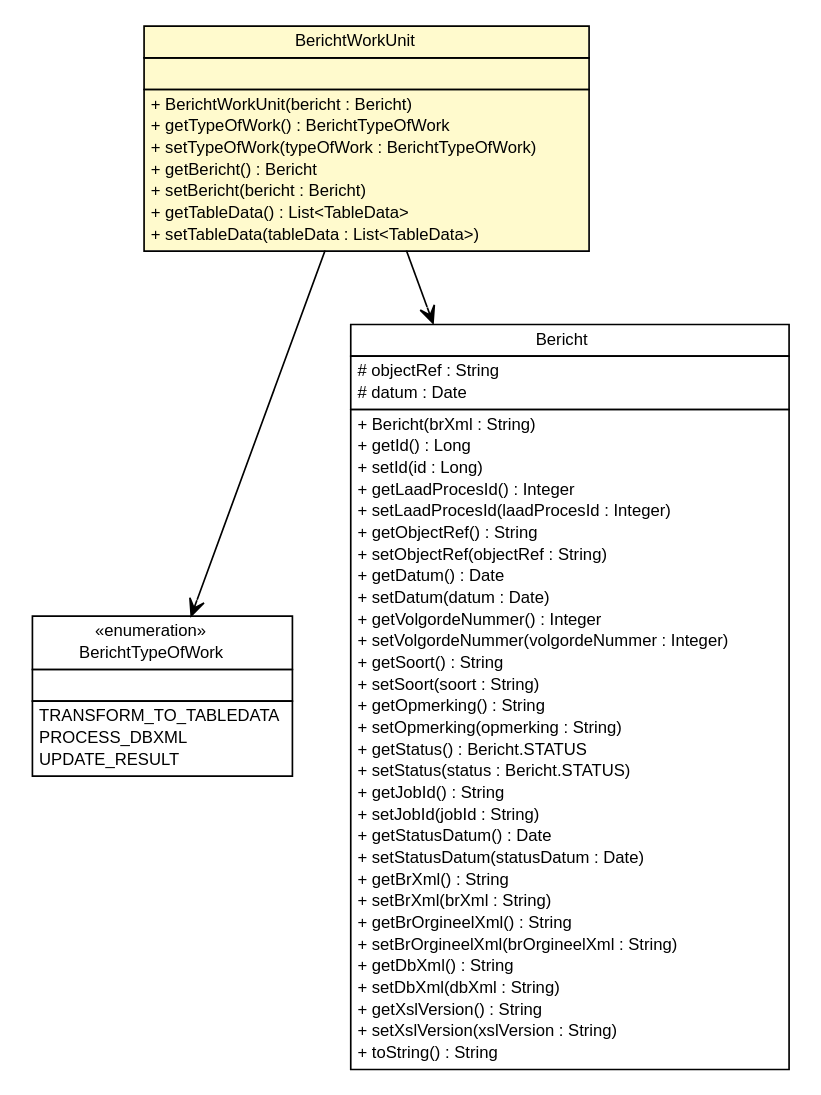
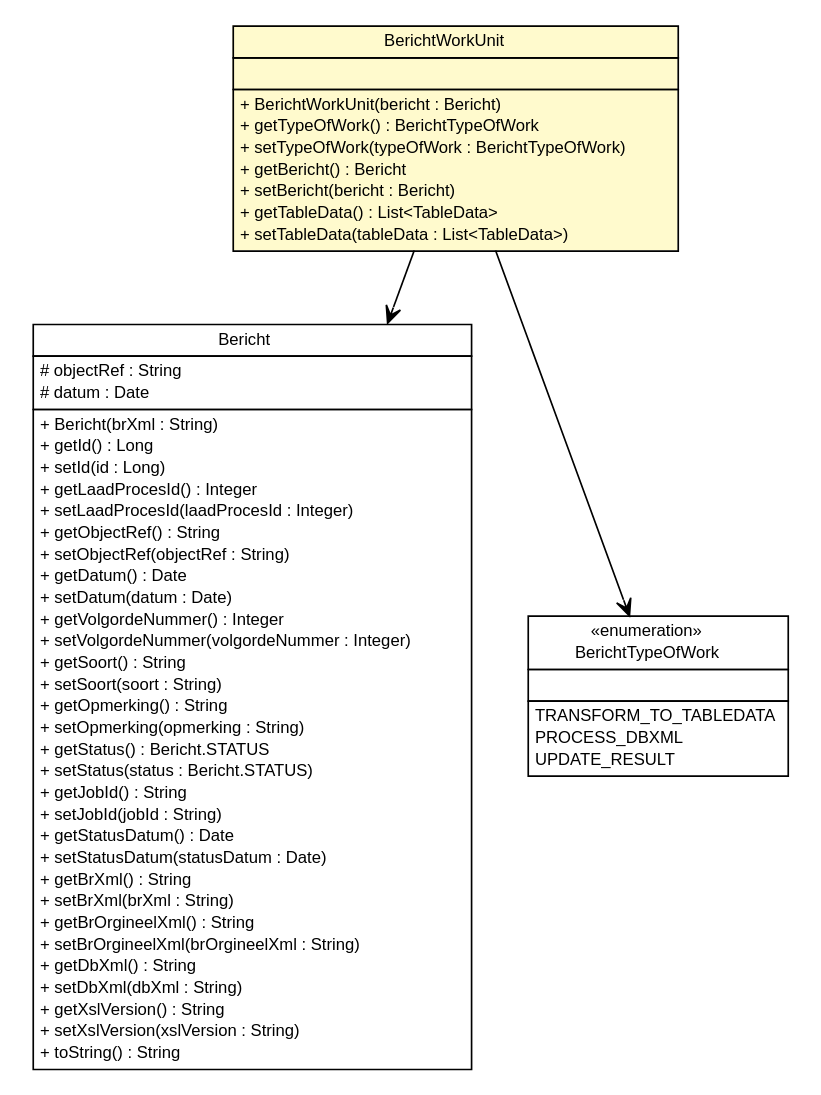
Before and after one commit to B3Partners/brmo: the diagram in brmo-loader/apidocs/nl/b3p/brmo/loader/pipeline/BerichtWorkUnit.dot, drawn with Graphviz. The commit also changed 377 other files, not shown here.

```diff
--- a/brmo-loader/apidocs/nl/b3p/brmo/loader/pipeline/BerichtWorkUnit.dot
+++ b/brmo-loader/apidocs/nl/b3p/brmo/loader/pipeline/BerichtWorkUnit.dot
@@ -1,91 +1,91 @@
 #!/usr/local/bin/dot
 #
 # Class diagram 
 # Generated by UMLGraph version R5_6-24-gf6e263 (http://www.umlgraph.org/)
 #
 
 digraph G {
 	edge [fontname="Helvetica",fontsize=10,labelfontname="Helvetica",labelfontsize=10];
 	node [fontname="Helvetica",fontsize=10,shape=plaintext];
 	nodesep=0.25;
 	ranksep=0.5;
-	// nl.b3p.brmo.loader.pipeline.BerichtTypeOfWork
-	c955 [label=<<table title="nl.b3p.brmo.loader.pipeline.BerichtTypeOfWork" border="0" cellborder="1" cellspacing="0" cellpadding="2" port="p" href="./BerichtTypeOfWork.html">
-		<tr><td><table border="0" cellspacing="0" cellpadding="1">
-<tr><td align="center" balign="center"> &#171;enumeration&#187; </td></tr>
-<tr><td align="center" balign="center"> BerichtTypeOfWork </td></tr>
-		</table></td></tr>
-		<tr><td><table border="0" cellspacing="0" cellpadding="1">
-<tr><td align="left" balign="left">  </td></tr>
-		</table></td></tr>
-		<tr><td><table border="0" cellspacing="0" cellpadding="1">
-<tr><td align="left" balign="left"> TRANSFORM_TO_TABLEDATA </td></tr>
-<tr><td align="left" balign="left"> PROCESS_DBXML </td></tr>
-<tr><td align="left" balign="left"> UPDATE_RESULT </td></tr>
-		</table></td></tr>
-		</table>>, URL="./BerichtTypeOfWork.html", fontname="Helvetica", fontcolor="black", fontsize=10.0];
-	// nl.b3p.brmo.loader.pipeline.BerichtWorkUnit
-	c957 [label=<<table title="nl.b3p.brmo.loader.pipeline.BerichtWorkUnit" border="0" cellborder="1" cellspacing="0" cellpadding="2" port="p" bgcolor="lemonChiffon" href="./BerichtWorkUnit.html">
-		<tr><td><table border="0" cellspacing="0" cellpadding="1">
-<tr><td align="center" balign="center"> BerichtWorkUnit </td></tr>
-		</table></td></tr>
-		<tr><td><table border="0" cellspacing="0" cellpadding="1">
-<tr><td align="left" balign="left">  </td></tr>
-		</table></td></tr>
-		<tr><td><table border="0" cellspacing="0" cellpadding="1">
-<tr><td align="left" balign="left"> + BerichtWorkUnit(bericht : Bericht) </td></tr>
-<tr><td align="left" balign="left"> + getTypeOfWork() : BerichtTypeOfWork </td></tr>
-<tr><td align="left" balign="left"> + setTypeOfWork(typeOfWork : BerichtTypeOfWork) </td></tr>
-<tr><td align="left" balign="left"> + getBericht() : Bericht </td></tr>
-<tr><td align="left" balign="left"> + setBericht(bericht : Bericht) </td></tr>
-<tr><td align="left" balign="left"> + getTableData() : List&lt;TableData&gt; </td></tr>
-<tr><td align="left" balign="left"> + setTableData(tableData : List&lt;TableData&gt;) </td></tr>
-		</table></td></tr>
-		</table>>, URL="./BerichtWorkUnit.html", fontname="Helvetica", fontcolor="black", fontsize=10.0];
 	// nl.b3p.brmo.loader.entity.Bericht
-	c960 [label=<<table title="nl.b3p.brmo.loader.entity.Bericht" border="0" cellborder="1" cellspacing="0" cellpadding="2" port="p" href="../entity/Bericht.html">
+	c758 [label=<<table title="nl.b3p.brmo.loader.entity.Bericht" border="0" cellborder="1" cellspacing="0" cellpadding="2" port="p" href="../entity/Bericht.html">
 		<tr><td><table border="0" cellspacing="0" cellpadding="1">
 <tr><td align="center" balign="center"> Bericht </td></tr>
 		</table></td></tr>
 		<tr><td><table border="0" cellspacing="0" cellpadding="1">
 <tr><td align="left" balign="left"> # objectRef : String </td></tr>
 <tr><td align="left" balign="left"> # datum : Date </td></tr>
 		</table></td></tr>
 		<tr><td><table border="0" cellspacing="0" cellpadding="1">
 <tr><td align="left" balign="left"> + Bericht(brXml : String) </td></tr>
 <tr><td align="left" balign="left"> + getId() : Long </td></tr>
 <tr><td align="left" balign="left"> + setId(id : Long) </td></tr>
 <tr><td align="left" balign="left"> + getLaadProcesId() : Integer </td></tr>
 <tr><td align="left" balign="left"> + setLaadProcesId(laadProcesId : Integer) </td></tr>
 <tr><td align="left" balign="left"> + getObjectRef() : String </td></tr>
 <tr><td align="left" balign="left"> + setObjectRef(objectRef : String) </td></tr>
 <tr><td align="left" balign="left"> + getDatum() : Date </td></tr>
 <tr><td align="left" balign="left"> + setDatum(datum : Date) </td></tr>
 <tr><td align="left" balign="left"> + getVolgordeNummer() : Integer </td></tr>
 <tr><td align="left" balign="left"> + setVolgordeNummer(volgordeNummer : Integer) </td></tr>
 <tr><td align="left" balign="left"> + getSoort() : String </td></tr>
 <tr><td align="left" balign="left"> + setSoort(soort : String) </td></tr>
 <tr><td align="left" balign="left"> + getOpmerking() : String </td></tr>
 <tr><td align="left" balign="left"> + setOpmerking(opmerking : String) </td></tr>
 <tr><td align="left" balign="left"> + getStatus() : Bericht.STATUS </td></tr>
 <tr><td align="left" balign="left"> + setStatus(status : Bericht.STATUS) </td></tr>
 <tr><td align="left" balign="left"> + getJobId() : String </td></tr>
 <tr><td align="left" balign="left"> + setJobId(jobId : String) </td></tr>
 <tr><td align="left" balign="left"> + getStatusDatum() : Date </td></tr>
 <tr><td align="left" balign="left"> + setStatusDatum(statusDatum : Date) </td></tr>
 <tr><td align="left" balign="left"> + getBrXml() : String </td></tr>
 <tr><td align="left" balign="left"> + setBrXml(brXml : String) </td></tr>
 <tr><td align="left" balign="left"> + getBrOrgineelXml() : String </td></tr>
 <tr><td align="left" balign="left"> + setBrOrgineelXml(brOrgineelXml : String) </td></tr>
 <tr><td align="left" balign="left"> + getDbXml() : String </td></tr>
 <tr><td align="left" balign="left"> + setDbXml(dbXml : String) </td></tr>
 <tr><td align="left" balign="left"> + getXslVersion() : String </td></tr>
 <tr><td align="left" balign="left"> + setXslVersion(xslVersion : String) </td></tr>
 <tr><td align="left" balign="left"> + toString() : String </td></tr>
 		</table></td></tr>
 		</table>>, URL="../entity/Bericht.html", fontname="Helvetica", fontcolor="black", fontsize=10.0];
+	// nl.b3p.brmo.loader.pipeline.BerichtWorkUnit
+	c765 [label=<<table title="nl.b3p.brmo.loader.pipeline.BerichtWorkUnit" border="0" cellborder="1" cellspacing="0" cellpadding="2" port="p" bgcolor="lemonChiffon" href="./BerichtWorkUnit.html">
+		<tr><td><table border="0" cellspacing="0" cellpadding="1">
+<tr><td align="center" balign="center"> BerichtWorkUnit </td></tr>
+		</table></td></tr>
+		<tr><td><table border="0" cellspacing="0" cellpadding="1">
+<tr><td align="left" balign="left">  </td></tr>
+		</table></td></tr>
+		<tr><td><table border="0" cellspacing="0" cellpadding="1">
+<tr><td align="left" balign="left"> + BerichtWorkUnit(bericht : Bericht) </td></tr>
+<tr><td align="left" balign="left"> + getTypeOfWork() : BerichtTypeOfWork </td></tr>
+<tr><td align="left" balign="left"> + setTypeOfWork(typeOfWork : BerichtTypeOfWork) </td></tr>
+<tr><td align="left" balign="left"> + getBericht() : Bericht </td></tr>
+<tr><td align="left" balign="left"> + setBericht(bericht : Bericht) </td></tr>
+<tr><td align="left" balign="left"> + getTableData() : List&lt;TableData&gt; </td></tr>
+<tr><td align="left" balign="left"> + setTableData(tableData : List&lt;TableData&gt;) </td></tr>
+		</table></td></tr>
+		</table>>, URL="./BerichtWorkUnit.html", fontname="Helvetica", fontcolor="black", fontsize=10.0];
+	// nl.b3p.brmo.loader.pipeline.BerichtTypeOfWork
+	c767 [label=<<table title="nl.b3p.brmo.loader.pipeline.BerichtTypeOfWork" border="0" cellborder="1" cellspacing="0" cellpadding="2" port="p" href="./BerichtTypeOfWork.html">
+		<tr><td><table border="0" cellspacing="0" cellpadding="1">
+<tr><td align="center" balign="center"> &#171;enumeration&#187; </td></tr>
+<tr><td align="center" balign="center"> BerichtTypeOfWork </td></tr>
+		</table></td></tr>
+		<tr><td><table border="0" cellspacing="0" cellpadding="1">
+<tr><td align="left" balign="left">  </td></tr>
+		</table></td></tr>
+		<tr><td><table border="0" cellspacing="0" cellpadding="1">
+<tr><td align="left" balign="left"> TRANSFORM_TO_TABLEDATA </td></tr>
+<tr><td align="left" balign="left"> PROCESS_DBXML </td></tr>
+<tr><td align="left" balign="left"> UPDATE_RESULT </td></tr>
+		</table></td></tr>
+		</table>>, URL="./BerichtTypeOfWork.html", fontname="Helvetica", fontcolor="black", fontsize=10.0];
 	// nl.b3p.brmo.loader.pipeline.BerichtWorkUnit NAVASSOC nl.b3p.brmo.loader.pipeline.BerichtTypeOfWork
-	c957:p -> c955:p [taillabel="", label="", headlabel="", fontname="Helvetica", fontcolor="black", fontsize=10.0, color="black", arrowhead=open];
+	c765:p -> c767:p [taillabel="", label="", headlabel="", fontname="Helvetica", fontcolor="black", fontsize=10.0, color="black", arrowhead=open];
 	// nl.b3p.brmo.loader.pipeline.BerichtWorkUnit NAVASSOC nl.b3p.brmo.loader.entity.Bericht
-	c957:p -> c960:p [taillabel="", label="", headlabel="", fontname="Helvetica", fontcolor="black", fontsize=10.0, color="black", arrowhead=open];
+	c765:p -> c758:p [taillabel="", label="", headlabel="", fontname="Helvetica", fontcolor="black", fontsize=10.0, color="black", arrowhead=open];
 }
```
